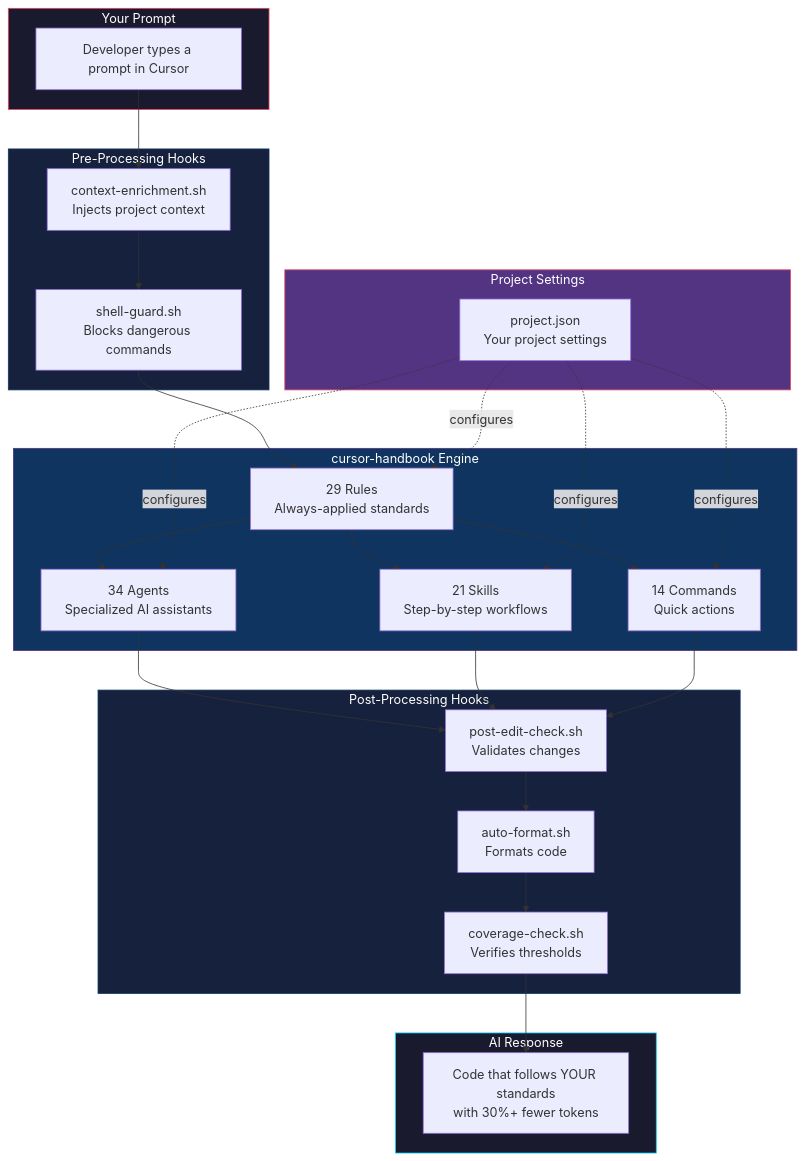
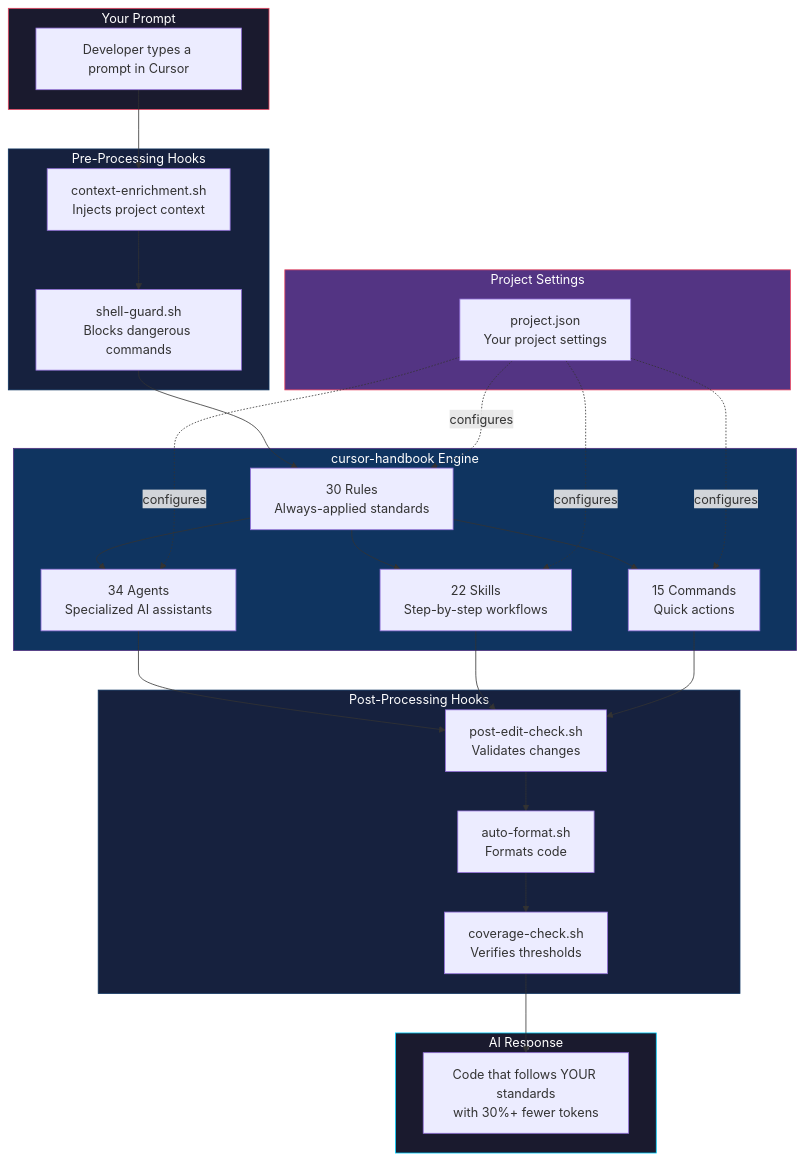
The first of 11 diagrams in README.md (girijashankarj/cursor-handbook), drawn with Mermaid before and after one commit. The commit also changed other lines of this file and 4 other files, not shown here.

````diff
--- a/README.md
+++ b/README.md
@@ -104,44 +104,44 @@
 ```mermaid
 graph TB
     subgraph INPUT ["Your Prompt"]
         A[Developer types a prompt in Cursor]
     end
 
     subgraph HOOKS_PRE ["Pre-Processing Hooks"]
         B[context-enrichment.sh<br/>Injects project context]
         C[shell-guard.sh<br/>Blocks dangerous commands]
     end
 
     subgraph ENGINE ["cursor-handbook Engine"]
-        D[29 Rules<br/>Always-applied standards]
+        D[30 Rules<br/>Always-applied standards]
         E[34 Agents<br/>Specialized AI assistants]
-        F[21 Skills<br/>Step-by-step workflows]
-        G[14 Commands<br/>Quick actions]
+        F[22 Skills<br/>Step-by-step workflows]
+        G[15 Commands<br/>Quick actions]
     end
 
     subgraph CONFIG ["Project Settings"]
         H[project.json<br/>Your project settings]
     end
 
     subgraph HOOKS_POST ["Post-Processing Hooks"]
         I[post-edit-check.sh<br/>Validates changes]
         J[auto-format.sh<br/>Formats code]
         K[coverage-check.sh<br/>Verifies thresholds]
     end
 
     subgraph OUTPUT ["AI Response"]
         L[Code that follows YOUR standards<br/>with 30%+ fewer tokens]
     end
 
     A --> B --> C --> D
     D --> E & F & G
     H -.->|configures| D & E & F & G
     E & F & G --> I --> J --> K --> L
 
     style INPUT fill:#1a1a2e,stroke:#e94560,color:#fff
     style HOOKS_PRE fill:#16213e,stroke:#0f3460,color:#fff
     style ENGINE fill:#0f3460,stroke:#533483,color:#fff
     style CONFIG fill:#533483,stroke:#e94560,color:#fff
     style HOOKS_POST fill:#16213e,stroke:#0f3460,color:#fff
     style OUTPUT fill:#1a1a2e,stroke:#00d2ff,color:#fff
 ```
````
